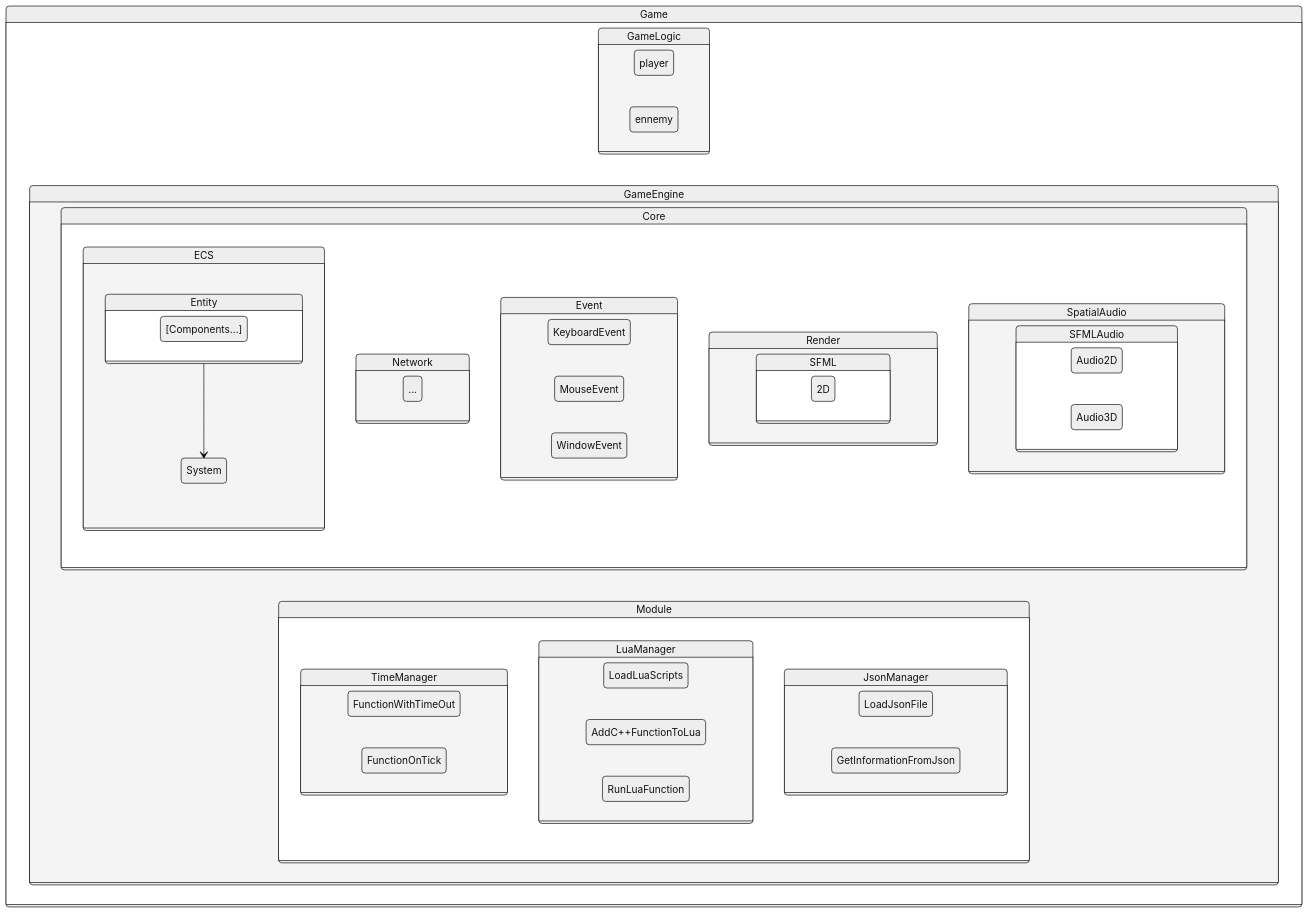
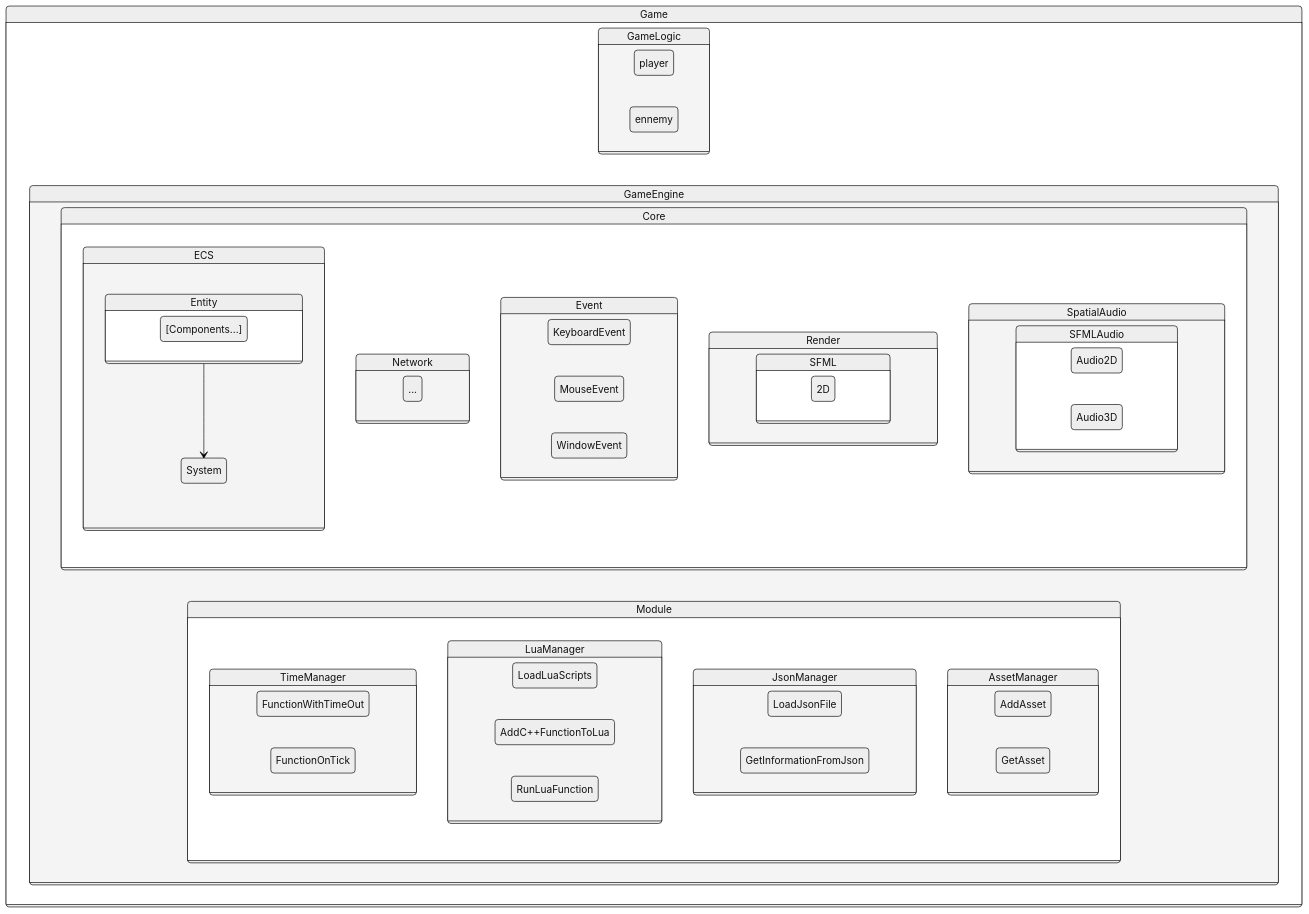
Before and after one commit to lennydelgado/AREA-Doc: the diagram in docs/GameEngine/gameEngine.md, drawn with Mermaid (neutral theme).

Commit message:
Automated push: 2023-11-07 10:01:45 modification to doc website

````diff
--- a/docs/GameEngine/gameEngine.md
+++ b/docs/GameEngine/gameEngine.md
@@ -17,67 +17,72 @@
 ``` mermaid
 stateDiagram-v2
     state Game {
         direction LR
         state GameLogic {
             direction LR
             player
             ennemy
             ...
         }
         state GameEngine {
             direction LR
             state Core {
                 state ECS {
                     state Entity {
                         direction LR
                         [Components...]
                     }
                     Entity --> System
                 }
                 state Network {
                     direction LR
                     ...
                 }
                 state Event {
                     direction LR
                     KeyboardEvent
                     MouseEvent
                     WindowEvent
                 }
                 state Render {
                     direction LR
                     state SFML {
                         direction LR
                         2D
                     }
                 }
                 state SpatialAudio {
                     direction LR
                     state SFMLAudio {
                         direction LR
                         Audio2D
                         Audio3D
                     }
                 }
             }
             state Module {
                 state TimeManager {
                     direction LR
                     FunctionWithTimeOut
                     FunctionOnTick
                 }
                 state LuaManager {
                     direction LR
                     LoadLuaScripts
                     AddC++FunctionToLua
                     RunLuaFunction
                 }
                 state JsonManager {
                     direction LR
                     LoadJsonFile
                     GetInformationFromJson
                 }
+                state AssetManager {
+                    direction LR
+                    AddAsset
+                    GetAsset
+                }
             }
         }
     }
 ```
````
